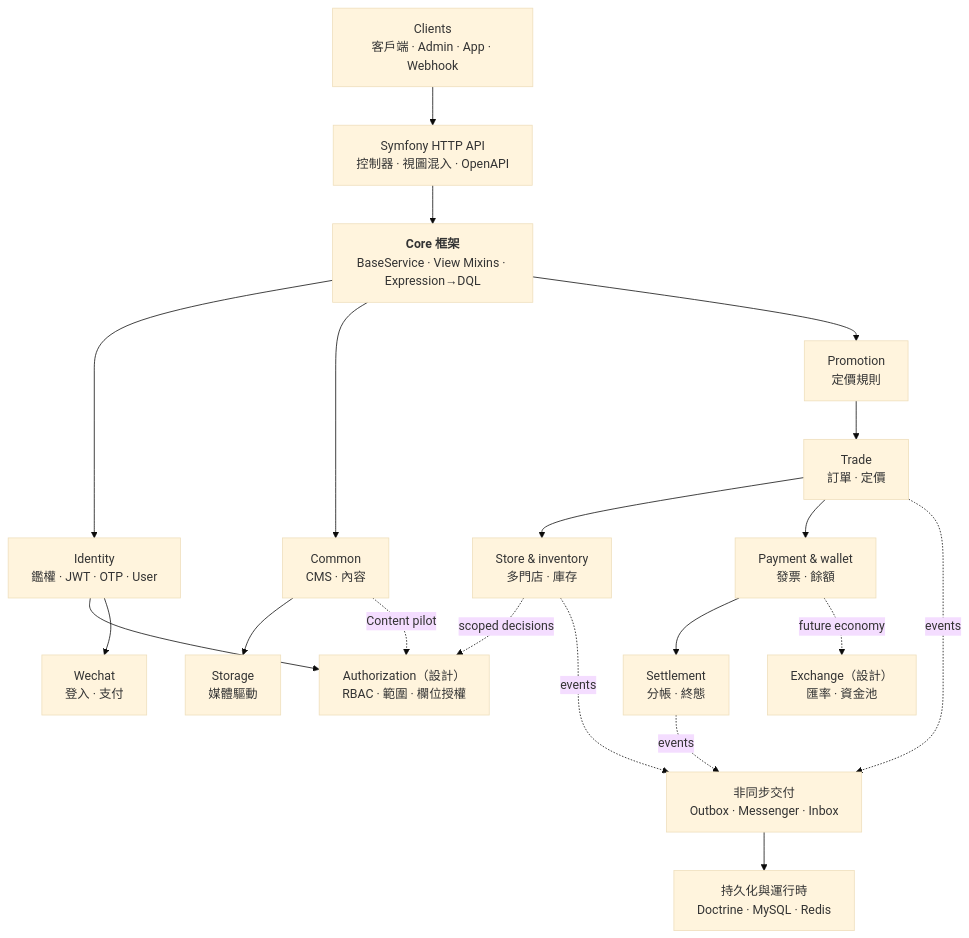
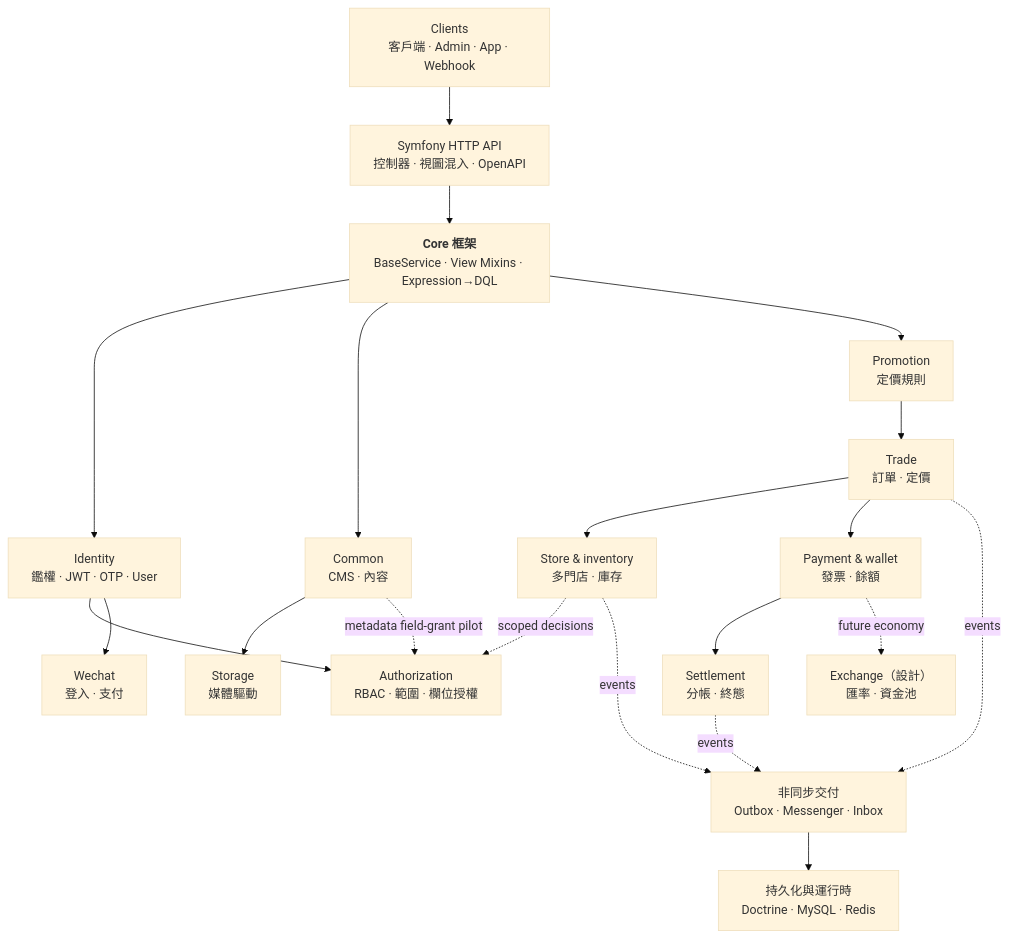
One commit to dream-studio-china/edc-online-membership changed the first of 3 diagrams in README.zh-hant.md. Above: the diagram before and after it, drawn with Mermaid (base theme). The commit also changed other lines of this file and 23 other files, not shown here.

First line of the commit message:
feat(authorization): harden assignment uniqueness, mixin lifecycle, drop Content storeUuid and sync docs

````diff
--- a/README.zh-hant.md
+++ b/README.zh-hant.md
@@ -13,38 +13,38 @@
 ```mermaid
 flowchart TB
     Client["Clients<br/>客戶端 · Admin · App · Webhook"]
     Api["Symfony HTTP API<br/>控制器 · 視圖混入 · OpenAPI"]
     Core["<b>Core 框架</b><br/>BaseService · View Mixins · Expression→DQL"]
 
     Identity["Identity<br/>鑑權 · JWT · OTP · User"]
-    Authorization["Authorization（設計）<br/>RBAC · 範圍 · 欄位授權"]
+    Authorization["Authorization<br/>RBAC · 範圍 · 欄位授權"]
     Common["Common<br/>CMS · 內容"]
     Storage["Storage<br/>媒體驅動"]
     Promotion["Promotion<br/>定價規則"]
     Trade["Trade<br/>訂單 · 定價"]
     Fulfilment["Store & inventory<br/>多門店 · 庫存"]
     Payments["Payment & wallet<br/>發票 · 餘額"]
     Wechat["Wechat<br/>登入 · 支付"]
     Settlement["Settlement<br/>分帳 · 終態"]
     Exchange["Exchange（設計）<br/>匯率 · 資金池"]
     Messaging["非同步交付<br/>Outbox · Messenger · Inbox"]
     Persistence["持久化與運行時<br/>Doctrine · MySQL · Redis"]
 
     Client --> Api --> Core
     Core --> Identity
     Core --> Common
     Core --> Promotion
     Identity --> Authorization
     Identity --> Wechat
     Common --> Storage
-    Common -. "Content pilot" .-> Authorization
+    Common -. "metadata field-grant pilot" .-> Authorization
     Promotion --> Trade
     Trade --> Fulfilment
     Trade --> Payments --> Settlement
     Fulfilment -. "scoped decisions" .-> Authorization
     Payments -. "future economy" .-> Exchange
     Trade -. events .-> Messaging
     Fulfilment -. events .-> Messaging
     Settlement -. events .-> Messaging
     Messaging --> Persistence
 ```
````
